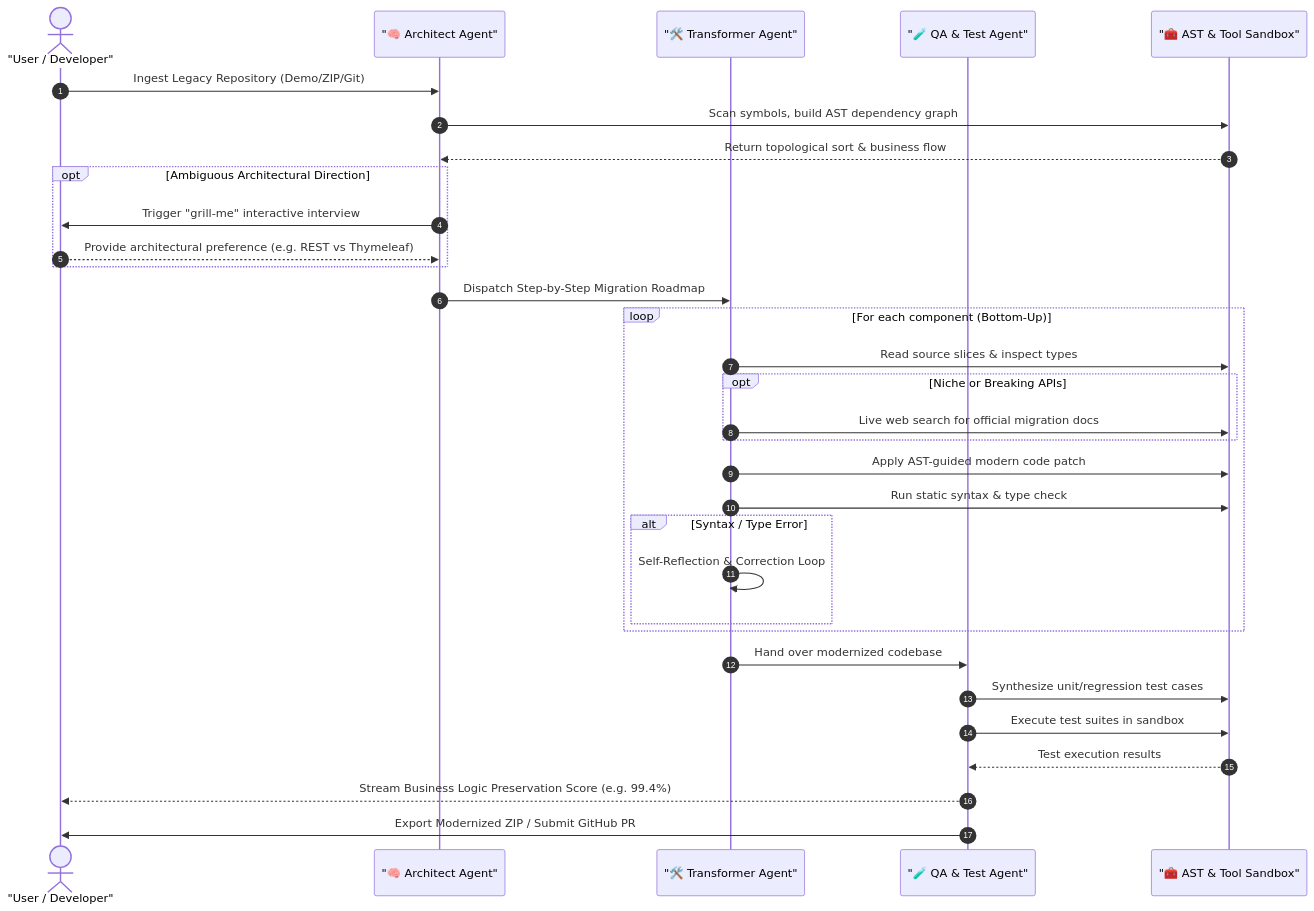
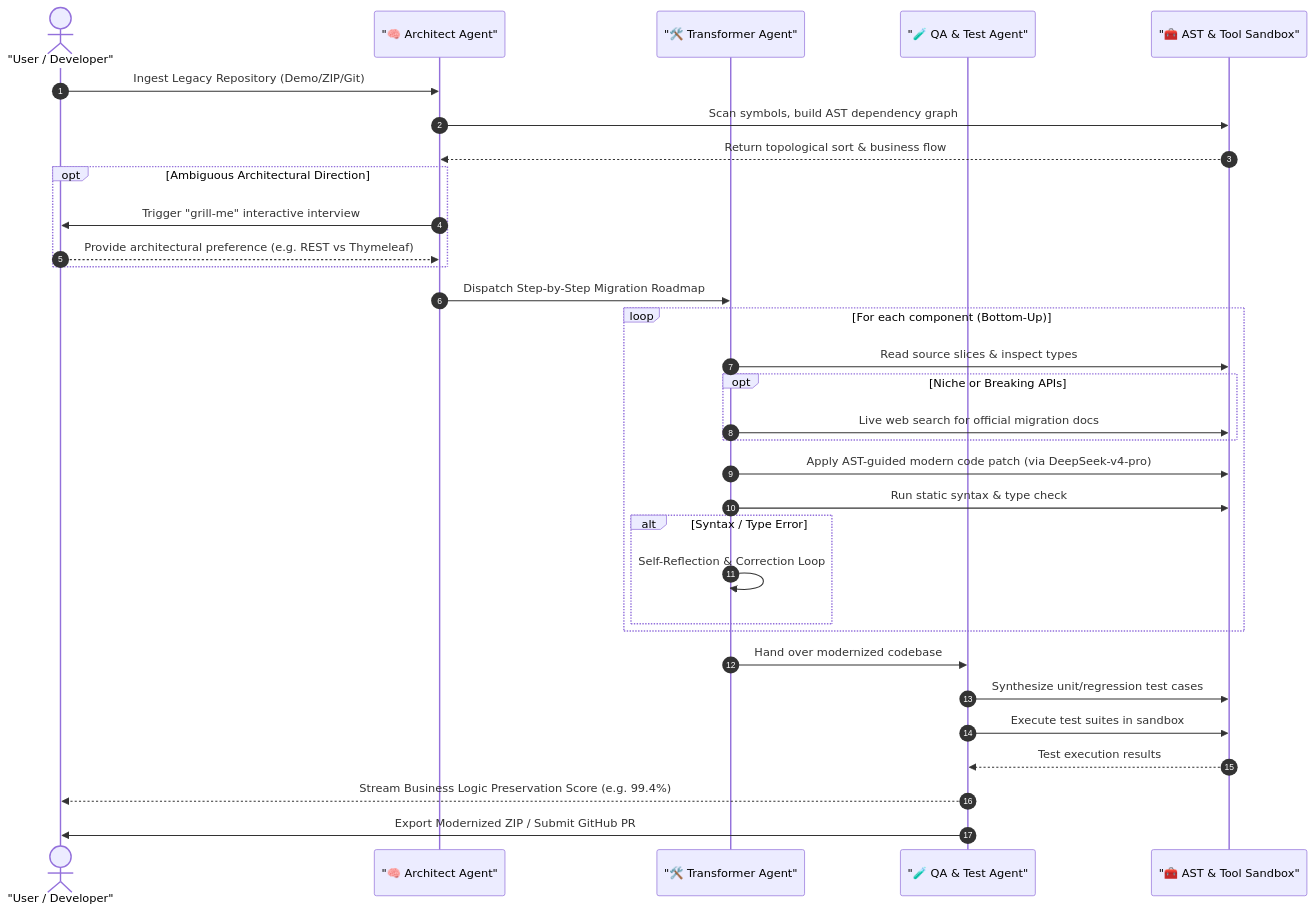
Before and after one commit to SakuraCianna/LegacyCodeModernizer: the third of 4 diagrams in README.md, drawn with Mermaid. The commit also changed other lines of this file and 5 other files, not shown here.

Commit message:
docs: 增补 DeepSeek-v4-pro 大模型推理参数矩阵与 Prompt Caching 前缀锁定架构

````diff
--- a/README.md
+++ b/README.md
@@ -143,38 +154,38 @@
 ```mermaid
 sequenceDiagram
     autonumber
     actor User as "User / Developer"
     participant Arch as "🧠 Architect Agent"
     participant Trans as "🛠️ Transformer Agent"
     participant Test as "🧪 QA & Test Agent"
     participant Tools as "🧰 AST & Tool Sandbox"
 
     User->>Arch: Ingest Legacy Repository (Demo/ZIP/Git)
     Arch->>Tools: Scan symbols, build AST dependency graph
     Tools-->>Arch: Return topological sort & business flow
 
     opt Ambiguous Architectural Direction
         Arch->>User: Trigger "grill-me" interactive interview
         User-->>Arch: Provide architectural preference (e.g. REST vs Thymeleaf)
     end
 
     Arch->>Trans: Dispatch Step-by-Step Migration Roadmap
     loop For each component (Bottom-Up)
         Trans->>Tools: Read source slices & inspect types
         opt Niche or Breaking APIs
             Trans->>Tools: Live web search for official migration docs
         end
-        Trans->>Tools: Apply AST-guided modern code patch
+        Trans->>Tools: Apply AST-guided modern code patch (via DeepSeek-v4-pro)
         Trans->>Tools: Run static syntax & type check
         alt Syntax / Type Error
             Trans->>Trans: Self-Reflection & Correction Loop
         end
     end
 
     Trans->>Test: Hand over modernized codebase
     Test->>Tools: Synthesize unit/regression test cases
     Test->>Tools: Execute test suites in sandbox
     Tools-->>Test: Test execution results
     Test-->>User: Stream Business Logic Preservation Score (e.g. 99.4%)
     Test->>User: Export Modernized ZIP / Submit GitHub PR
 ```
````
